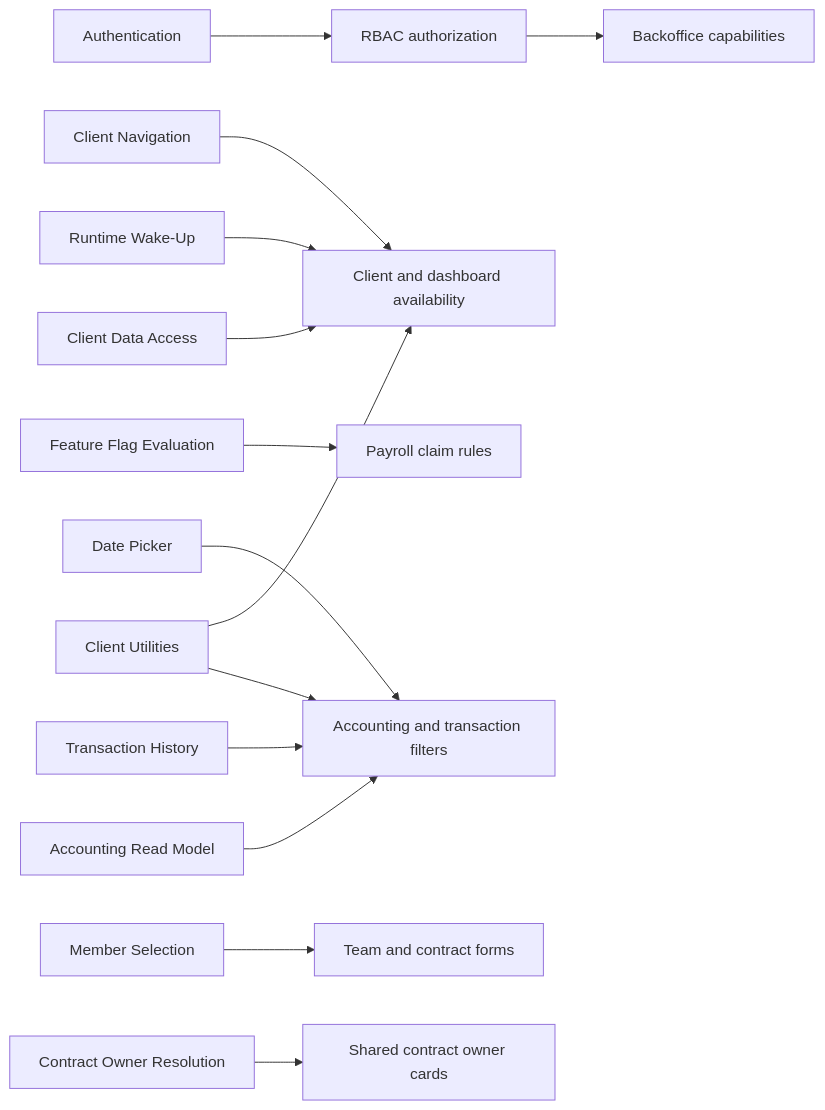
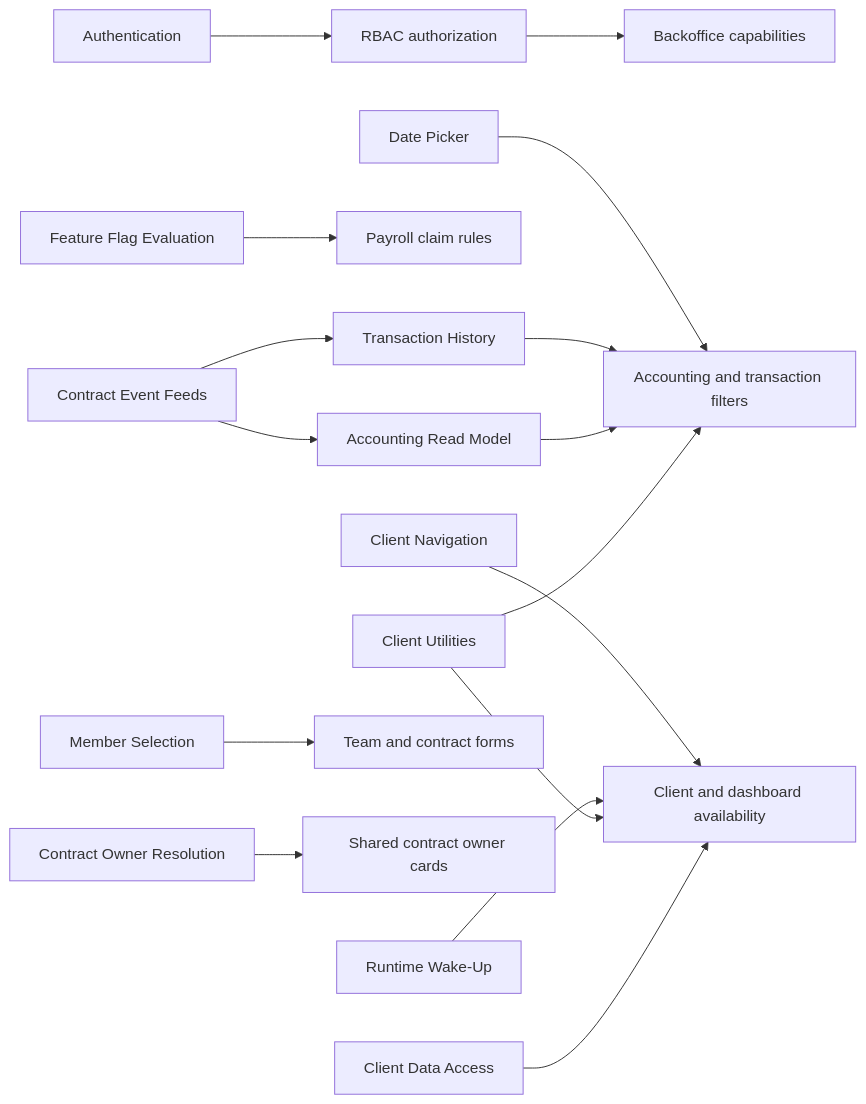
Before and after one commit to globe-and-citizen/cnc-portal: the diagram in docs/implementation/README.md, drawn with Mermaid. The commit also changed other lines of this file and 12 other files, not shown here.

Commit message:
docs: 📝 document RPC contract event feeds

````diff
--- a/docs/implementation/README.md
+++ b/docs/implementation/README.md
@@ -17,16 +17,18 @@
 ```mermaid
 flowchart LR
   auth[Authentication] --> rbac[RBAC authorization]
   rbac --> backoffice[Backoffice capabilities]
   navigation[Client Navigation] --> client[Client feature entry points]
   flags[Feature Flag Evaluation] --> payroll[Payroll claim rules]
   wake[Runtime Wake-Up] --> client[Client and dashboard availability]
   datePicker[Date Picker] --> reports[Accounting and transaction filters]
+  contractEvents[Contract Event Feeds] --> transactionHistory
   transactionHistory[Transaction History] --> reports
+  contractEvents --> accountingReadModel
   accountingReadModel[Accounting Read Model] --> reports
   selection[Member Selection] --> forms[Team and contract forms]
   owner[Contract Owner Resolution] --> cards[Shared contract owner cards]
   utilities[Client Utilities] --> client
   utilities --> reports
   dataAccess[Client Data Access] --> client
 ```
````
